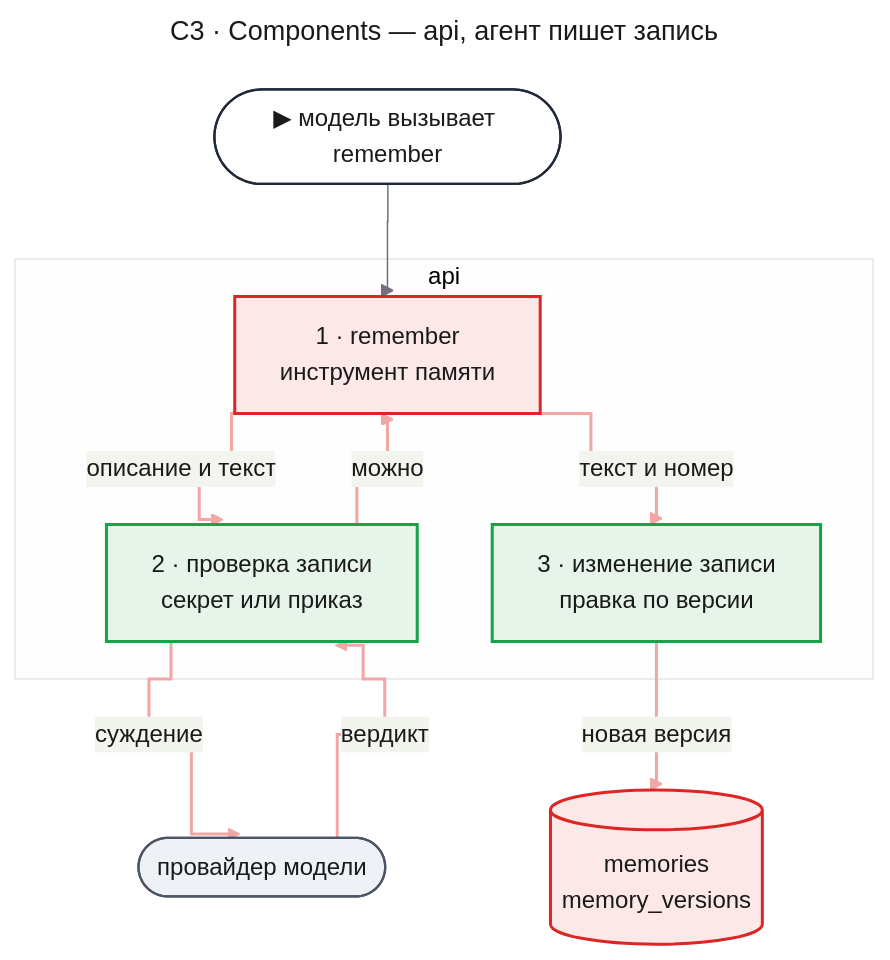
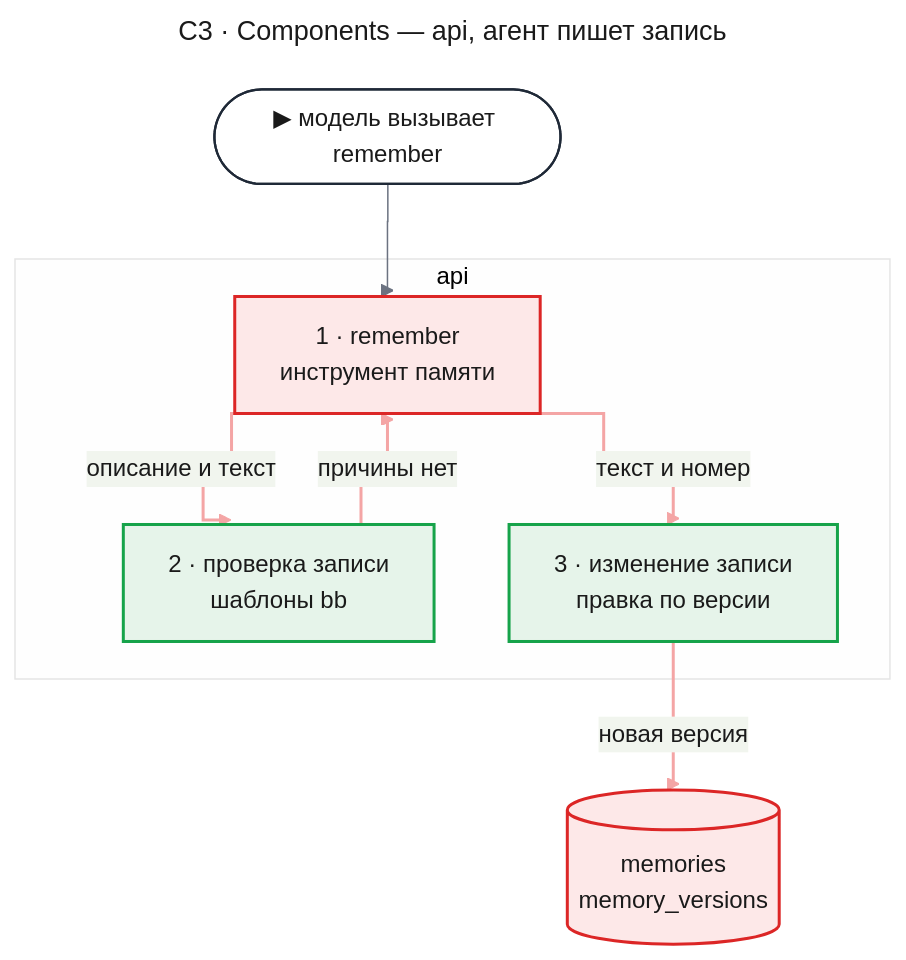
Before and after one commit to tundraray/agent-os: the second of 8 diagrams in docs/features/schedules-search-memory/design-memory-hygiene.md, drawn with Mermaid. The commit also changed other lines of this file and 1 other file, not shown here.

Commit message:
docs: check memory writes with patterns in the memory hygiene design

````diff
--- a/docs/features/schedules-search-memory/design-memory-hygiene.md
+++ b/docs/features/schedules-search-memory/design-memory-hygiene.md
@@ -196,53 +188,45 @@
 ```mermaid
 ---
 title: "C3 · Components — api, агент пишет запись"
 config:
   theme: base
   look: classic
   themeVariables:
     primaryColor: "#eef1f5"
     primaryBorderColor: "#4b5563"
     primaryTextColor: "#1a1a1a"
     lineColor: "#6b7280"
   flowchart:
     curve: step
   themeCSS: |
-    @keyframes lit_c3w{0%,15%{stroke:#991b1b;stroke-width:6px}16.67%,100%{stroke:#f4a5a5;stroke-width:2px}}
+    @keyframes lit_c3w{0%,22.5%{stroke:#991b1b;stroke-width:6px}25%,100%{stroke:#f4a5a5;stroke-width:2px}}
 ---
 flowchart TB
     entry(["▶ модель вызывает remember"])
     subgraph api["api"]
         tool["1 · remember<br/>инструмент памяти"]
-        check["2 · проверка записи<br/>секрет или приказ"]
+        check["2 · проверка записи<br/>шаблоны bb"]
         change["3 · изменение записи<br/>правка по версии"]
     end
-    provider(["провайдер модели"])
     db[("memories<br/>memory_versions")]
     entry --> tool
     tool e1@-->|"описание и текст"| check
-    check e2@-->|"суждение"| provider
-    provider e3@-->|"вердикт"| check
-    check e4@-->|"можно"| tool
-    tool e5@-->|"текст и номер"| change
-    change e6@-->|"новая версия"| db
+    check e2@-->|"причины нет"| tool
+    tool e3@-->|"текст и номер"| change
+    change e4@-->|"новая версия"| db
     classDef entry fill:#ffffff,stroke:#1f2937,stroke-width:1.5px,color:#1a1a1a
     classDef changed fill:#fde8e8,stroke:#dc2626,stroke-width:2px,color:#1a1a1a
     classDef new fill:#e6f4ea,stroke:#16a34a,stroke-width:2px,color:#1a1a1a
     classDef unchanged fill:#eef1f5,stroke:#4b5563,stroke-width:1.5px,color:#1a1a1a
-    classDef w1 stroke:#f4a5a5,stroke-width:2px,animation:lit_c3w 7.2s linear 0s infinite
-    classDef w2 stroke:#f4a5a5,stroke-width:2px,animation:lit_c3w 7.2s linear 1.2s infinite
-    classDef w3 stroke:#f4a5a5,stroke-width:2px,animation:lit_c3w 7.2s linear 2.4s infinite
-    classDef w4 stroke:#f4a5a5,stroke-width:2px,animation:lit_c3w 7.2s linear 3.6s infinite
-    classDef w5 stroke:#f4a5a5,stroke-width:2px,animation:lit_c3w 7.2s linear 4.8s infinite
-    classDef w6 stroke:#f4a5a5,stroke-width:2px,animation:lit_c3w 7.2s linear 6s infinite
+    classDef w1 stroke:#f4a5a5,stroke-width:2px,animation:lit_c3w 4.8s linear 0s infinite
+    classDef w2 stroke:#f4a5a5,stroke-width:2px,animation:lit_c3w 4.8s linear 1.2s infinite
+    classDef w3 stroke:#f4a5a5,stroke-width:2px,animation:lit_c3w 4.8s linear 2.4s infinite
+    classDef w4 stroke:#f4a5a5,stroke-width:2px,animation:lit_c3w 4.8s linear 3.6s infinite
     class entry entry
     class tool,db changed
     class check,change new
-    class provider unchanged
     class e1 w1
     class e2 w2
     class e3 w3
     class e4 w4
-    class e5 w5
-    class e6 w6
 ```
````
